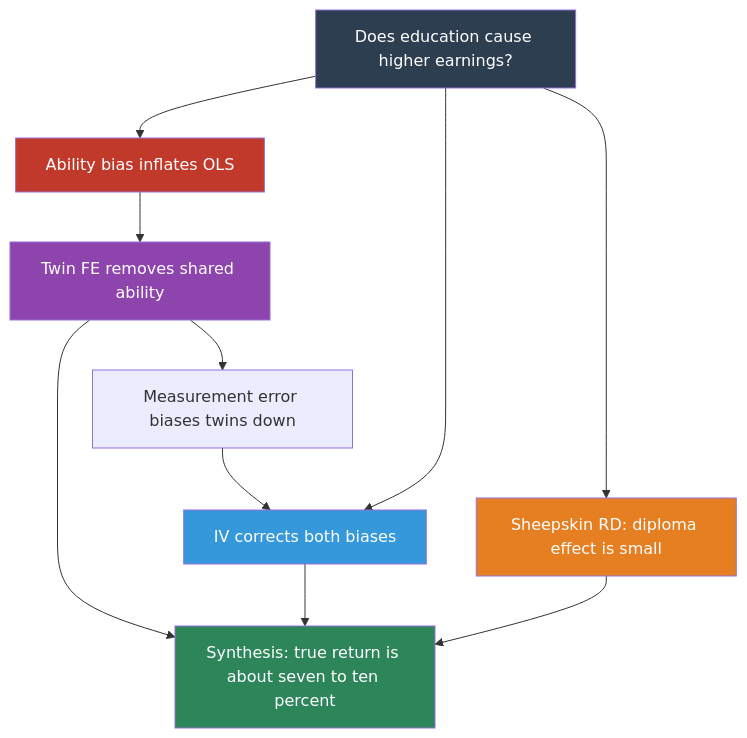
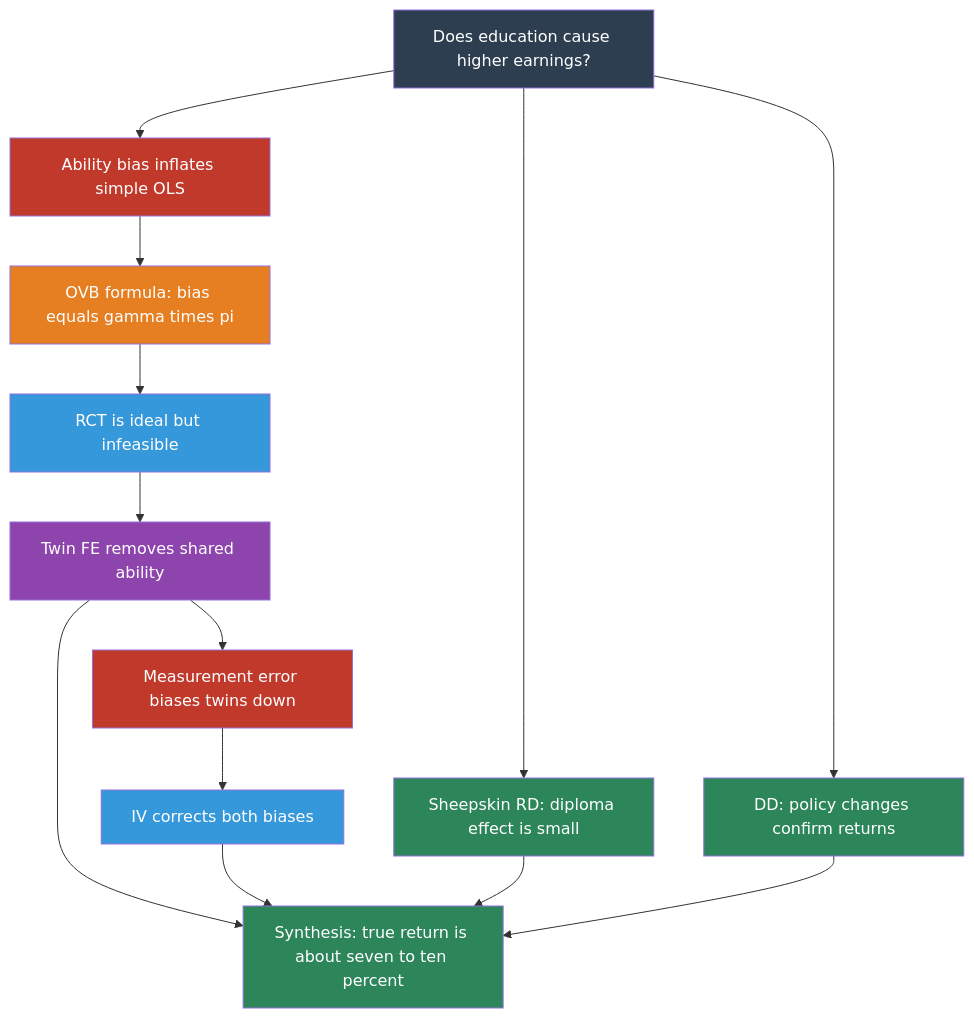
One commit to cmg777/intro2causal changed the second of 2 diagrams in notebooks_quarto/06-wages-of-schooling.qmd. Above: the diagram before and after it, drawn with Mermaid. The commit also changed other lines of this file and 24 other files, not shown here.

````diff
--- a/notebooks_quarto/06-wages-of-schooling.qmd
+++ b/notebooks_quarto/06-wages-of-schooling.qmd
@@ -502,30 +886,40 @@
 ```{mermaid}
 %%| label: fig-concept-map
-%%| fig-cap: "How the key concepts of Chapter 6 connect"
+%%| fig-cap: "How the key concepts of Chapter 6 connect: from the question through five methods to the synthesis"
 
 graph TD
     Q["Does education cause higher earnings?"]
-    AB["Ability bias inflates OLS"]
+    AB["Ability bias inflates simple OLS"]
+    OVB["OVB formula: bias equals gamma times pi"]
+    RCT["RCT is ideal but infeasible"]
     TW["Twin FE removes shared ability"]
     ME["Measurement error biases twins down"]
     IV["IV corrects both biases"]
     RD["Sheepskin RD: diploma effect is small"]
+    DD["DD: policy changes confirm returns"]
     SYN["Synthesis: true return is about seven to ten percent"]
 
     Q --> AB
-    AB --> TW
+    AB --> OVB
+    OVB --> RCT
+    RCT --> TW
     TW --> ME
     ME --> IV
-    Q --> IV
     Q --> RD
+    Q --> DD
     TW --> SYN
     IV --> SYN
     RD --> SYN
+    DD --> SYN
 
     style Q fill:#2c3e50,color:#fff
     style AB fill:#c0392b,color:#fff
+    style OVB fill:#e67e22,color:#fff
+    style RCT fill:#3498db,color:#fff
     style TW fill:#8e44ad,color:#fff
+    style ME fill:#c0392b,color:#fff
     style IV fill:#3498db,color:#fff
-    style RD fill:#e67e22,color:#fff
+    style RD fill:#2d8659,color:#fff
+    style DD fill:#2d8659,color:#fff
     style SYN fill:#2d8659,color:#fff
 ```
````
